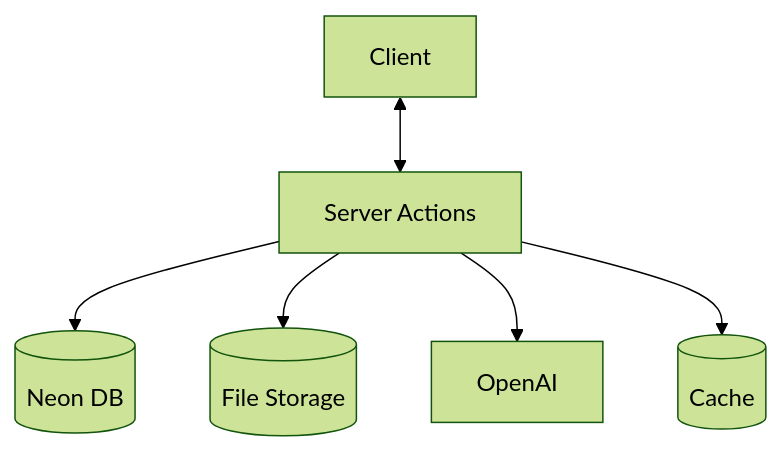
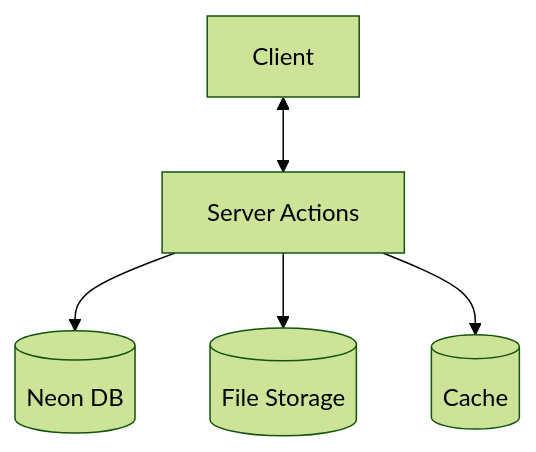
Before and after one commit to UnbiasedEagle/devstash: the first of 2 diagrams in context/project-overview.md, drawn with Mermaid (forest theme). The commit also changed other lines of this file and 10 other files, not shown here.

````diff
--- a/context/project-overview.md
+++ b/context/project-overview.md
@@ -173,8 +165,7 @@
 ```mermaid
 graph TD;
   Client <--> Actions[Server Actions]
   Actions --> Postgres[(Neon DB)]
   Actions --> R2[(File Storage)]
-  Actions --> OpenAI
   Actions --> Redis[(Cache)]
 ```
````
